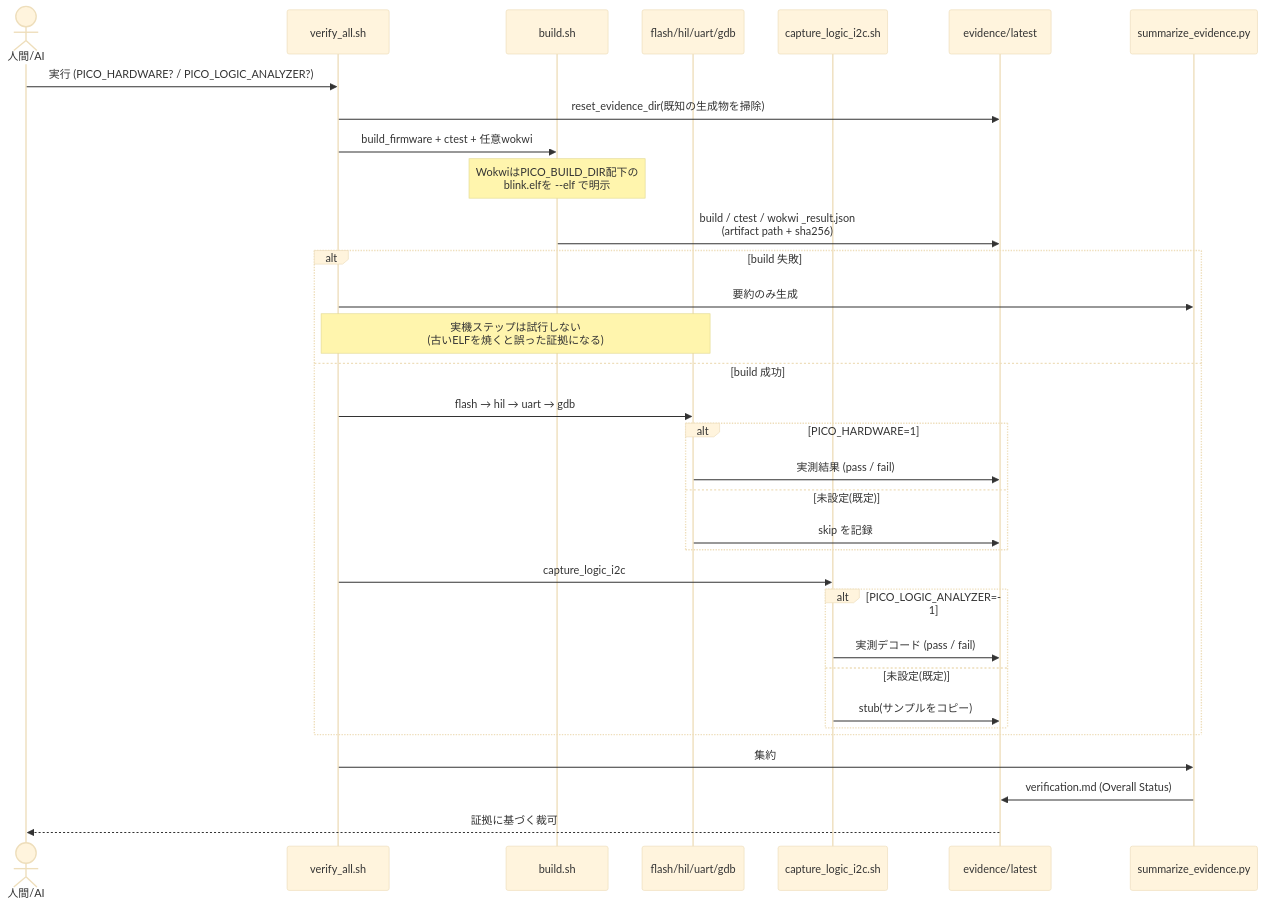
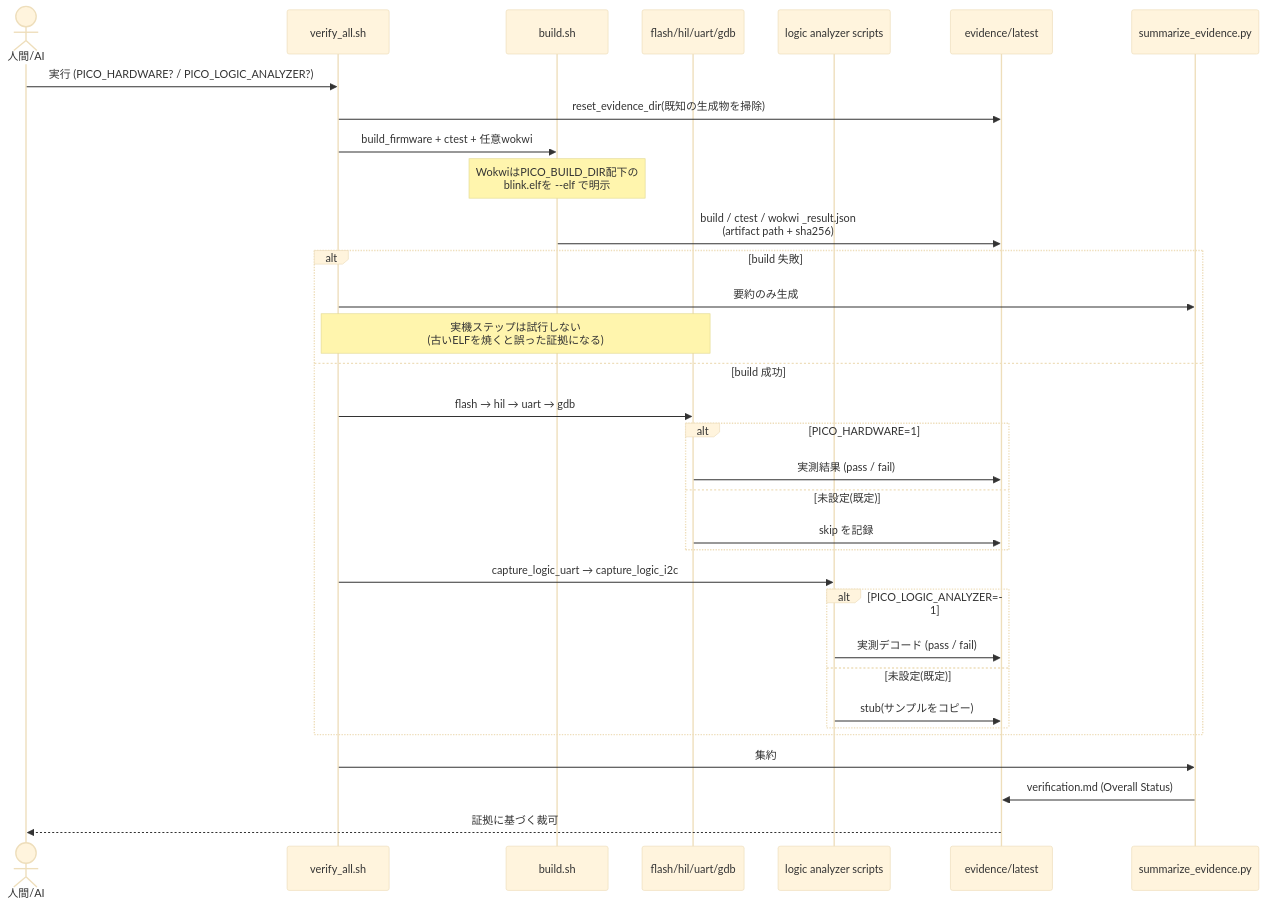
The diagram in docs/architecture/04_verification_flow.md (capybara-works/pico-sdk-blink), drawn with Mermaid (base theme) before and after one commit. The commit also changed 10 other files, not shown here.

Commit message:
Add logic analyzer UART capture

````diff
--- a/docs/architecture/04_verification_flow.md
+++ b/docs/architecture/04_verification_flow.md
@@ -6,38 +6,38 @@
 ```mermaid
 sequenceDiagram
     actor Dev as 人間/AI
     participant VA as verify_all.sh
     participant B as build.sh
     participant HW as flash/hil/uart/gdb
-    participant LG as capture_logic_i2c.sh
+    participant LG as logic analyzer scripts
     participant EV as evidence/latest
     participant SM as summarize_evidence.py
 
     Dev->>VA: 実行 (PICO_HARDWARE? / PICO_LOGIC_ANALYZER?)
     VA->>EV: reset_evidence_dir(既知の生成物を掃除)
     VA->>B: build_firmware + ctest + 任意wokwi
     Note over B: WokwiはPICO_BUILD_DIR配下の<br/>blink.elfを --elf で明示
     B->>EV: build / ctest / wokwi _result.json<br/>(artifact path + sha256)
 
     alt build 失敗
         VA->>SM: 要約のみ生成
         Note over VA,HW: 実機ステップは試行しない<br/>(古いELFを焼くと誤った証拠になる)
     else build 成功
         VA->>HW: flash → hil → uart → gdb
         alt PICO_HARDWARE=1
             HW->>EV: 実測結果 (pass / fail)
         else 未設定(既定)
             HW->>EV: skip を記録
         end
-        VA->>LG: capture_logic_i2c
+        VA->>LG: capture_logic_uart → capture_logic_i2c
         alt PICO_LOGIC_ANALYZER=1
             LG->>EV: 実測デコード (pass / fail)
         else 未設定(既定)
             LG->>EV: stub(サンプルをコピー)
         end
     end
 
     VA->>SM: 集約
     SM->>EV: verification.md (Overall Status)
     EV-->>Dev: 証拠に基づく裁可
 ```
````
